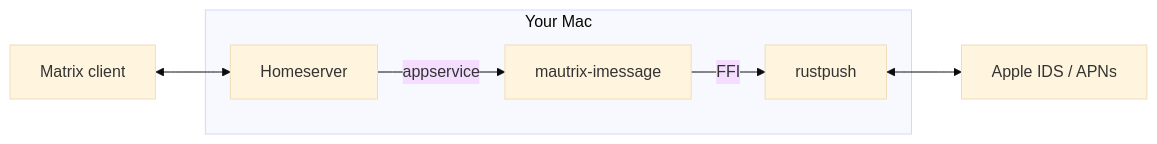
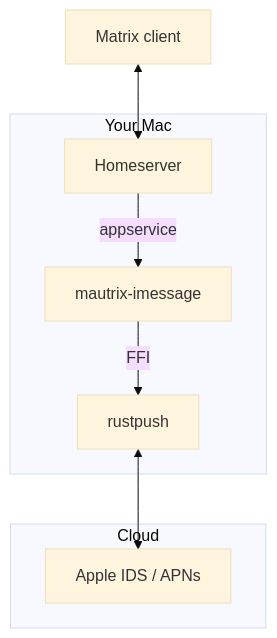
The first of 2 diagrams in README.md (jasonlaguidice/imessage), drawn with Mermaid (base theme) before and after one commit. The commit also changed other lines of this file, not shown here.

Commit message:
Diagrams: vertical layout with Cloud subgraph

````diff
--- a/README.md
+++ b/README.md
@@ -108,10 +108,12 @@
 ```mermaid
-flowchart LR
-    subgraph Your Mac
-        HS[Homeserver]
-        HS -- appservice --> Bridge[mautrix-imessage]
+flowchart TB
+    subgraph mac[Your Mac]
+        HS[Homeserver] -- appservice --> Bridge[mautrix-imessage]
         Bridge -- FFI --> RP[rustpush]
     end
+    subgraph cloud[Cloud]
+        Apple[Apple IDS / APNs]
+    end
     Client[Matrix client] <--> HS
-    RP <--> Apple[Apple IDS / APNs]
+    RP <--> Apple
 ```
````
